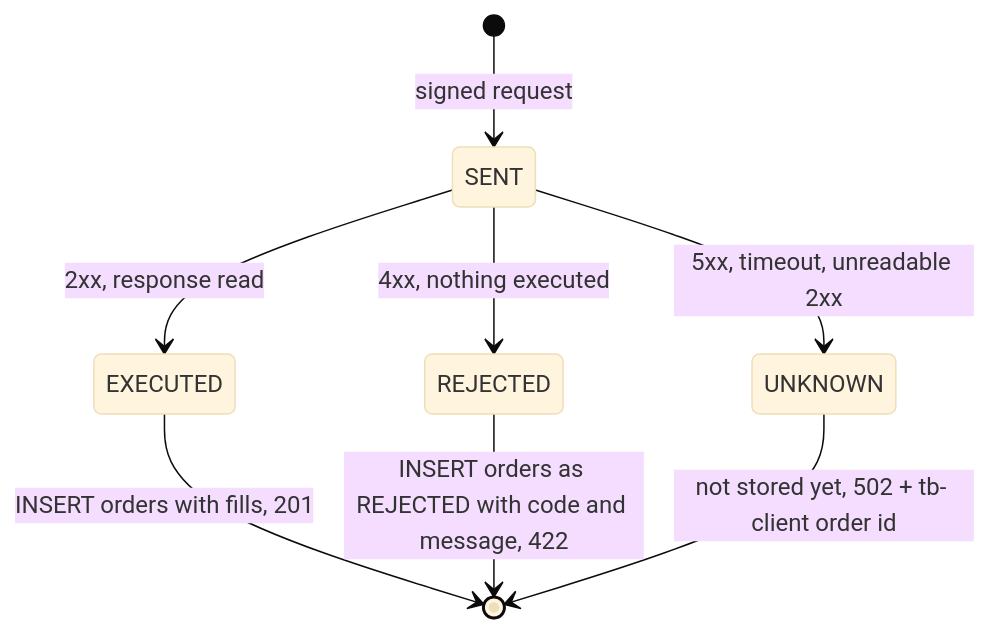
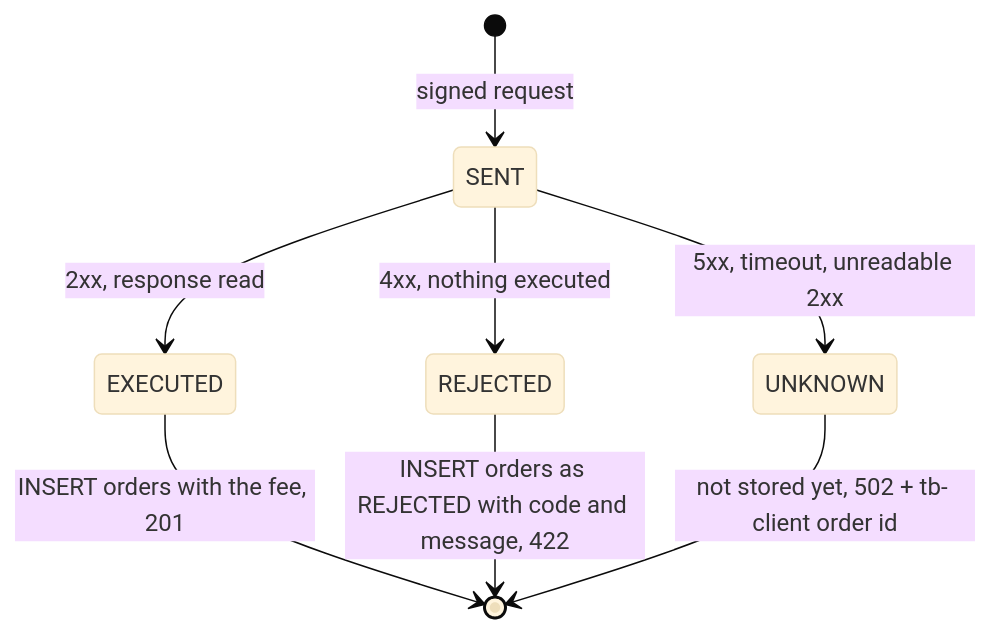
Diagram 12 of 29 in docs/ARCHITECTURE.md (ShadowOfDiablo/t212-coding-task), drawn with Mermaid (base theme) before and after one commit. The commit also changed other lines of this file and 10 other files, not shown here.

First line of the commit message:
Keep the order fee on orders instead of an order_fill table

````diff
--- a/docs/ARCHITECTURE.md
+++ b/docs/ARCHITECTURE.md
@@ -467,10 +467,10 @@
 ```mermaid
 stateDiagram-v2
     [*] --> SENT: signed request
     SENT --> EXECUTED: 2xx, response read
     SENT --> REJECTED: 4xx, nothing executed
     SENT --> UNKNOWN: 5xx, timeout, unreadable 2xx
-    EXECUTED --> [*]: INSERT orders with fills, 201
+    EXECUTED --> [*]: INSERT orders with the fee, 201
     REJECTED --> [*]: INSERT orders as REJECTED with code and message, 422
     UNKNOWN --> [*]: not stored yet, 502 + tb- client order id
 ```
````
